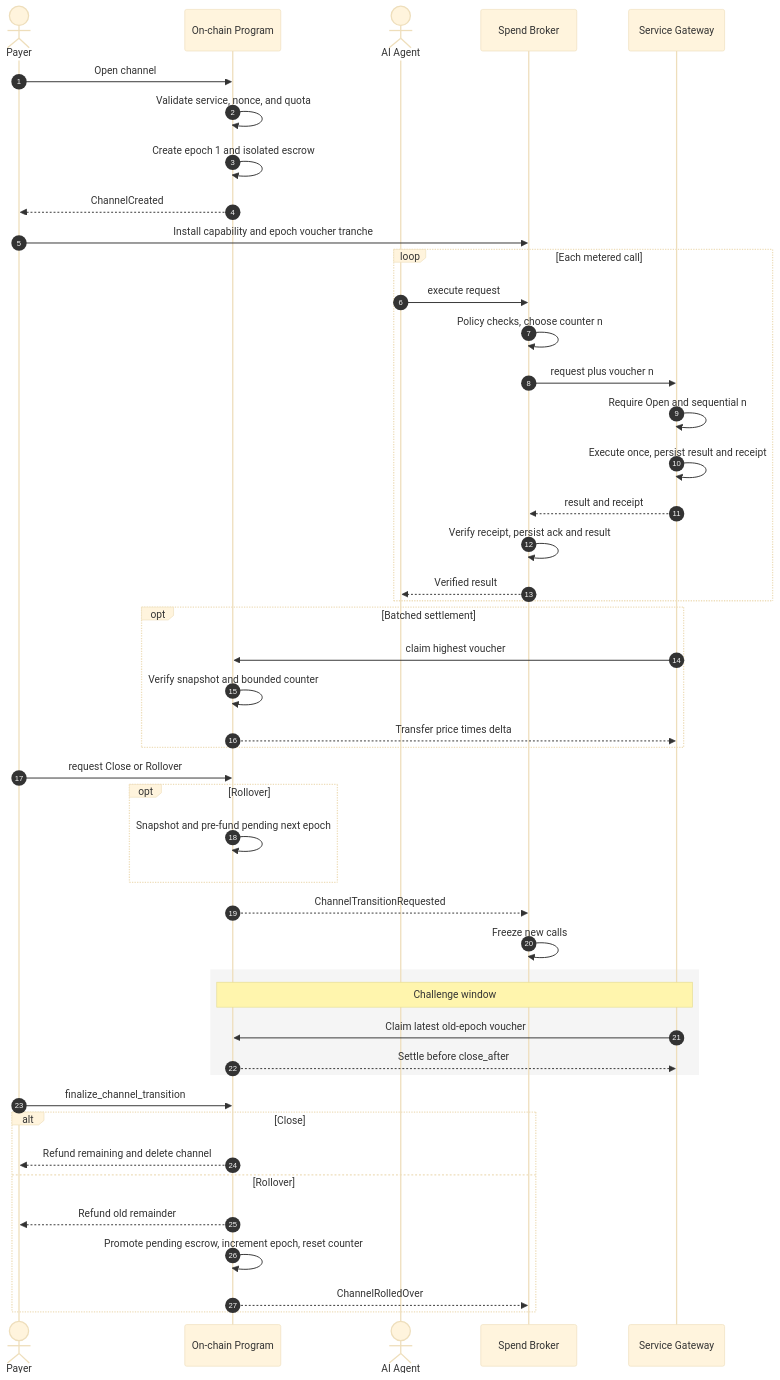
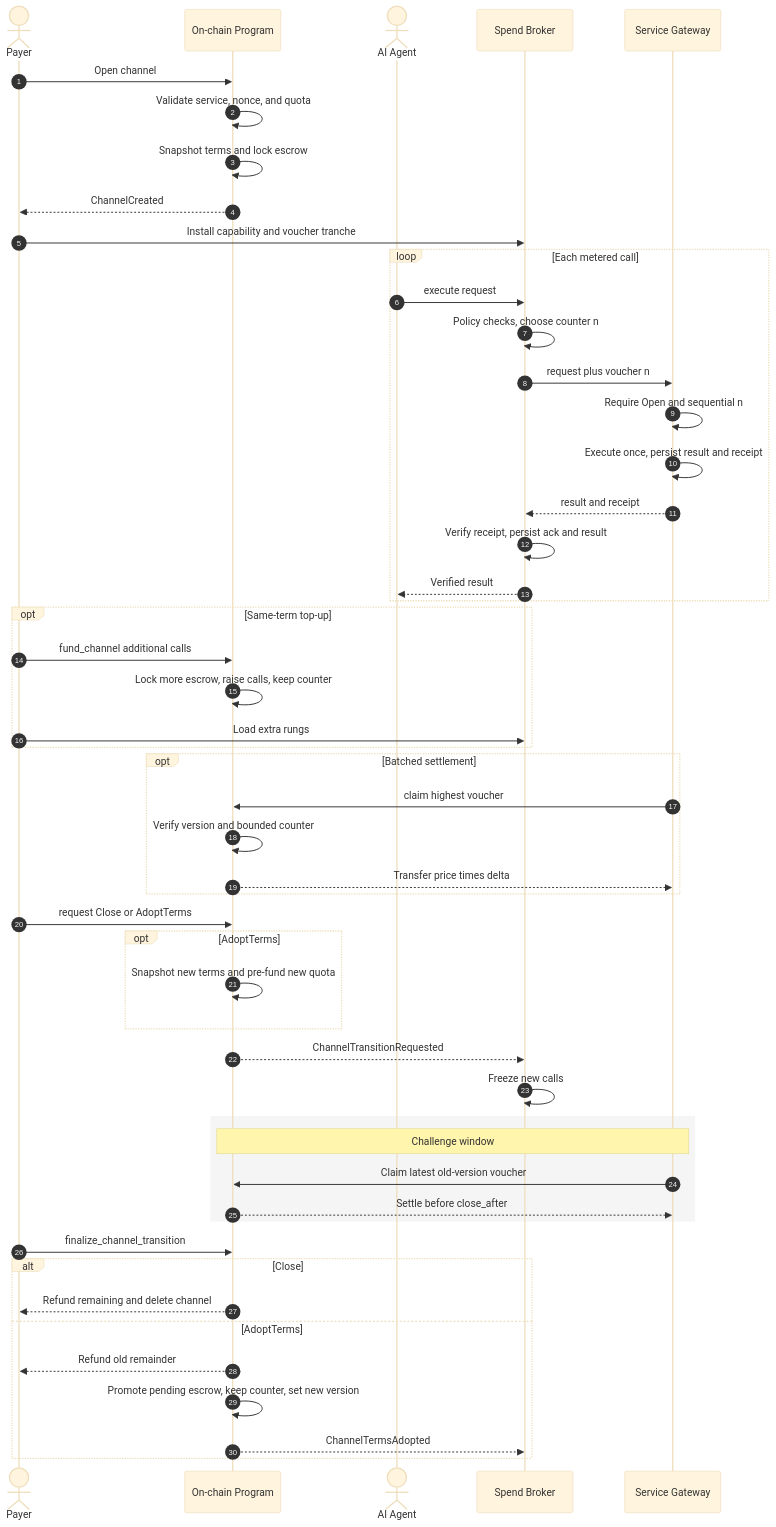
Before and after one commit to arturgontijo/agentic-payment-channel: the diagram in research/RESEARCH.md, drawn with Mermaid (base theme). The commit also changed other lines of this file and 10 other files, not shown here.

````diff
--- a/research/RESEARCH.md
+++ b/research/RESEARCH.md
@@ -166,54 +166,60 @@
 ```mermaid
 sequenceDiagram
     autonumber
     actor Payer
     participant Chain as On-chain Program
     actor Agent as AI Agent
     participant Broker as Spend Broker
     participant Provider as Service Gateway
 
     Payer->>Chain: Open channel
     Chain->>Chain: Validate service, nonce, and quota
-    Chain->>Chain: Create epoch 1 and isolated escrow
+    Chain->>Chain: Snapshot terms and lock escrow
     Chain-->>Payer: ChannelCreated
-    Payer->>Broker: Install capability and epoch voucher tranche
+    Payer->>Broker: Install capability and voucher tranche
 
     loop Each metered call
         Agent->>Broker: execute request
         Broker->>Broker: Policy checks, choose counter n
         Broker->>Provider: request plus voucher n
         Provider->>Provider: Require Open and sequential n
         Provider->>Provider: Execute once, persist result and receipt
         Provider-->>Broker: result and receipt
         Broker->>Broker: Verify receipt, persist ack and result
         Broker-->>Agent: Verified result
     end
 
+    opt Same-term top-up
+        Payer->>Chain: fund_channel additional calls
+        Chain->>Chain: Lock more escrow, raise calls, keep counter
+        Payer->>Broker: Load extra rungs
+    end
+
     opt Batched settlement
         Provider->>Chain: claim highest voucher
-        Chain->>Chain: Verify snapshot and bounded counter
+        Chain->>Chain: Verify version and bounded counter
         Chain-->>Provider: Transfer price times delta
     end
 
-    Payer->>Chain: request Close or Rollover
-    opt Rollover
-        Chain->>Chain: Snapshot and pre-fund pending next epoch
+    Payer->>Chain: request Close or AdoptTerms
+    opt AdoptTerms
+        Chain->>Chain: Snapshot new terms and pre-fund new quota
     end
     Chain-->>Broker: ChannelTransitionRequested
     Broker->>Broker: Freeze new calls
 
     rect rgb(245, 245, 245)
         Note over Chain,Provider: Challenge window
-        Provider->>Chain: Claim latest old-epoch voucher
+        Provider->>Chain: Claim latest old-version voucher
         Chain-->>Provider: Settle before close_after
     end
 
     Payer->>Chain: finalize_channel_transition
     alt Close
         Chain-->>Payer: Refund remaining and delete channel
-    else Rollover
+    else AdoptTerms
         Chain-->>Payer: Refund old remainder
-        Chain->>Chain: Promote pending escrow, increment epoch, reset counter
-        Chain-->>Broker: ChannelRolledOver
+        Chain->>Chain: Promote pending escrow, keep counter, set new version
+        Chain-->>Broker: ChannelTermsAdopted
     end
 ```
````
